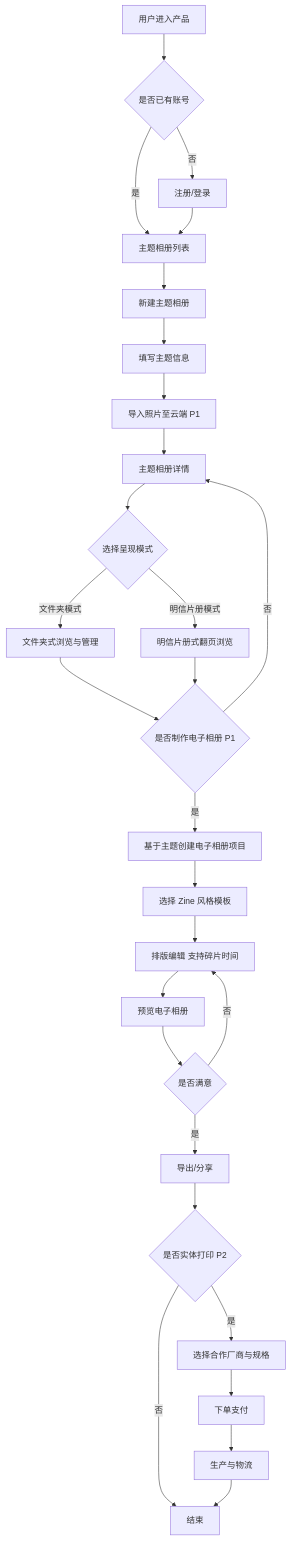
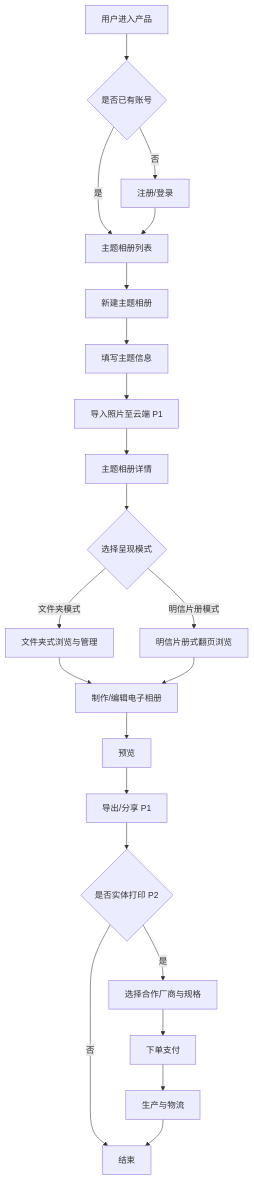
The second of 4 diagrams in PRD.md (skmywwx/MLT), drawn with Mermaid before and after one commit. The commit also changed other lines of this file and 1 other file, not shown here.

````diff
--- a/PRD.md
+++ b/PRD.md
@@ -145,35 +190,28 @@
 ```mermaid
 flowchart TD
     A[用户进入产品] --> B{是否已有账号}
     B -->|否| C[注册/登录]
     B -->|是| D[主题相册列表]
     C --> D
 
     D --> E[新建主题相册]
     E --> F[填写主题信息]
     F --> G[导入照片至云端 P1]
     G --> H[主题相册详情]
 
     H --> I{选择呈现模式}
     I -->|文件夹模式| J[文件夹式浏览与管理]
     I -->|明信片册模式| K[明信片册式翻页浏览]
 
-    J --> L{是否制作电子相册 P1}
+    J --> L[制作/编辑电子相册]
     K --> L
-    L -->|否| H
-    L -->|是| M[基于主题创建电子相册项目]
+    L --> M[预览]
+    M --> N[导出/分享 P1]
 
-    M --> N[选择 Zine 风格模板]
-    N --> O[排版编辑 支持碎片时间]
-    O --> P[预览电子相册]
-    P --> Q{是否满意}
-    Q -->|否| O
-    Q -->|是| R[导出/分享]
-
-    R --> S{是否实体打印 P2}
-    S -->|否| T[结束]
-    S -->|是| U[选择合作厂商与规格]
-    U --> V[下单支付]
-    V --> W[生产与物流]
-    W --> T
+    N --> O{是否实体打印 P2}
+    O -->|否| P[结束]
+    O -->|是| Q[选择合作厂商与规格]
+    Q --> R[下单支付]
+    R --> S[生产与物流]
+    S --> P
 ```
````
